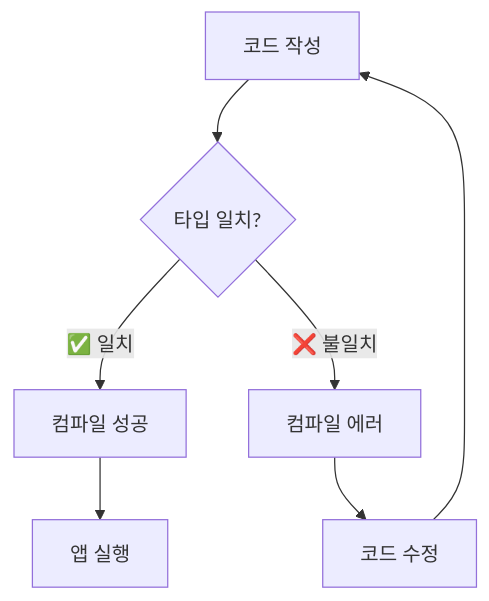
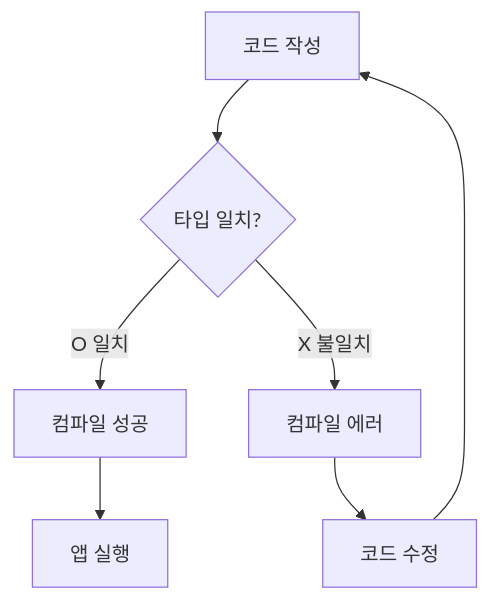
Before and after one commit to jsonpassion/forge-tutorial-swift: the second of 3 diagrams in 01-swift-basics/02-variables-constants.md, drawn with Mermaid. The commit also changed other lines of this file and 69 other files, not shown here.

````diff
--- a/01-swift-basics/02-variables-constants.md
+++ b/01-swift-basics/02-variables-constants.md
@@ -91,9 +91,9 @@
 ```mermaid
 flowchart TD
     A["코드 작성"] --> B{"타입 일치?"}
-    B -->|"✅ 일치"| C["컴파일 성공"]
+    B -->|"O 일치"| C["컴파일 성공"]
     C --> D["앱 실행"]
-    B -->|"❌ 불일치"| E["컴파일 에러"]
+    B -->|"X 불일치"| E["컴파일 에러"]
     E --> F["코드 수정"]
     F --> A
 ```
````
